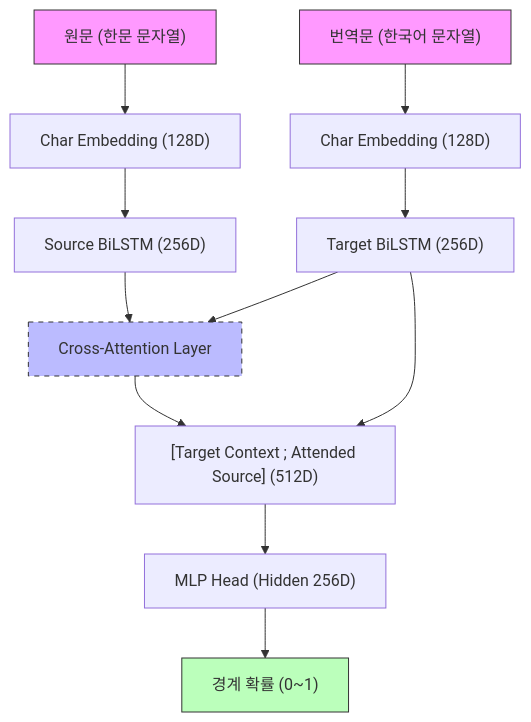
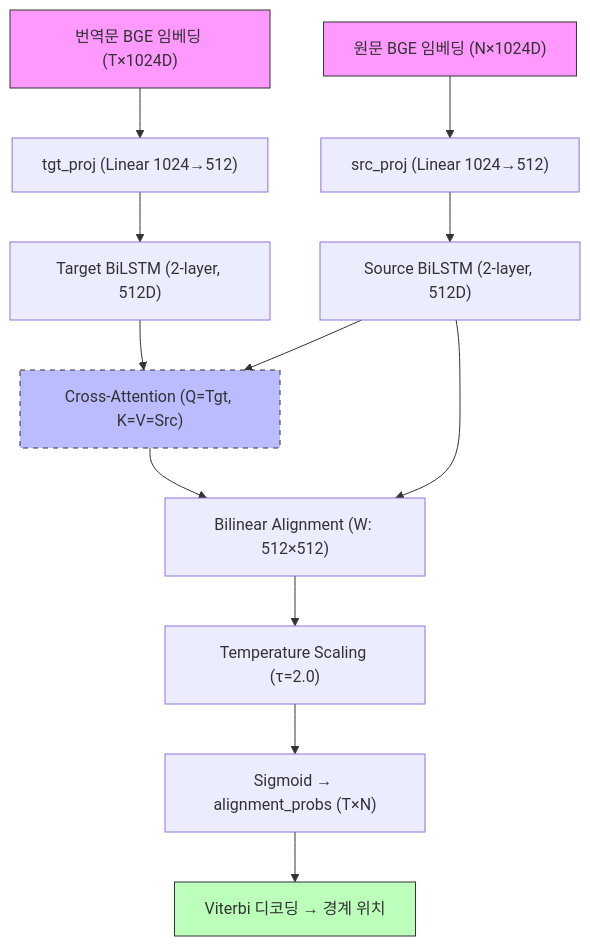
The diagram in docs/S2P_MECHANISM.md (hw725/CSP), drawn with Mermaid before and after one commit. The commit also changed other lines of this file and 28 other files, not shown here.

````diff
--- a/docs/S2P_MECHANISM.md
+++ b/docs/S2P_MECHANISM.md
@@ -58,22 +126,23 @@
 ```mermaid
 graph TD
-    Src["원문 (한문 문자열)"] --> S_Emb["Char Embedding (128D)"]
-    Tgt["번역문 (한국어 문자열)"] --> T_Emb["Char Embedding (128D)"]
+    Src["원문 BGE 임베딩 (N×1024D)"] --> SP["src_proj (Linear 1024→512)"]
+    Tgt["번역문 BGE 임베딩 (T×1024D)"] --> TP["tgt_proj (Linear 1024→512)"]
 
-    S_Emb --> S_LSTM["Source BiLSTM (256D)"]
-    T_Emb --> T_LSTM["Target BiLSTM (256D)"]
+    SP --> SB["Source BiLSTM (2-layer, 512D)"]
+    TP --> TB["Target BiLSTM (2-layer, 512D)"]
 
-    T_LSTM --> CA["Cross-Attention Layer"]
-    S_LSTM --> CA
+    TB --> CA["Cross-Attention (Q=Tgt, K=V=Src)"]
+    SB --> CA
 
-    CA --> Concat["[Target Context ; Attended Source] (512D)"]
-    T_LSTM --> Concat
+    CA --> BA["Bilinear Alignment (W: 512×512)"]
+    SB --> BA
 
-    Concat --> MLP["MLP Head (Hidden 256D)"]
-    MLP --> Out["경계 확률 (0~1)"]
+    BA --> Temp["Temperature Scaling (τ=2.0)"]
+    Temp --> Sig["Sigmoid → alignment_probs (T×N)"]
+    Sig --> Vit["Viterbi 디코딩 → 경계 위치"]
 
     style Src fill:#f9f,stroke:#333
     style Tgt fill:#f9f,stroke:#333
     style CA fill:#bbf,stroke:#333,stroke-dasharray: 5 5
-    style Out fill:#bfb,stroke:#333
+    style Vit fill:#bfb,stroke:#333
 ```
````
